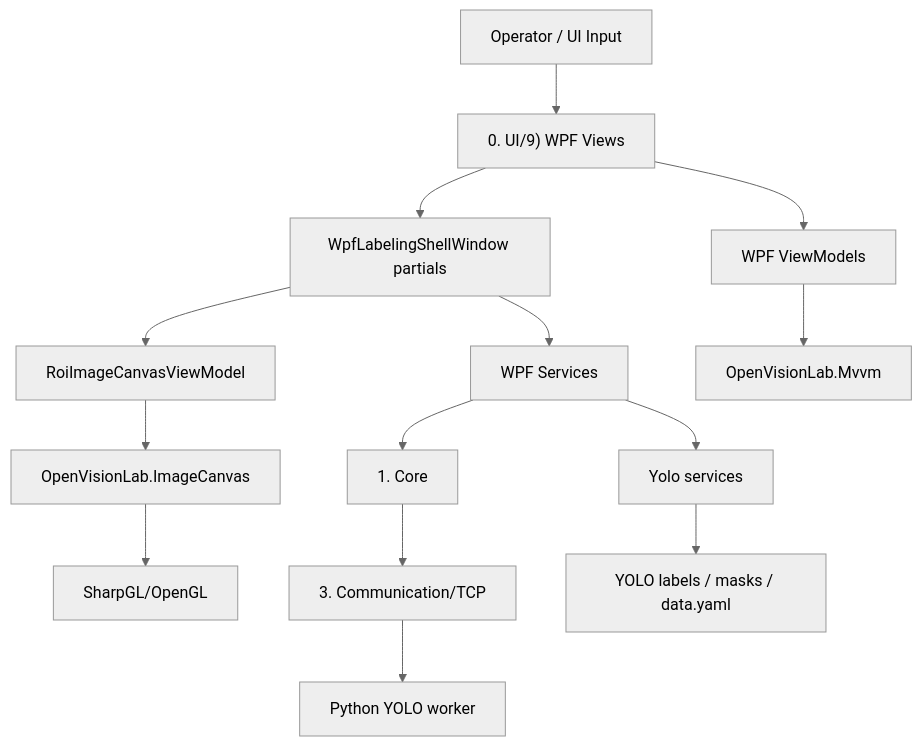
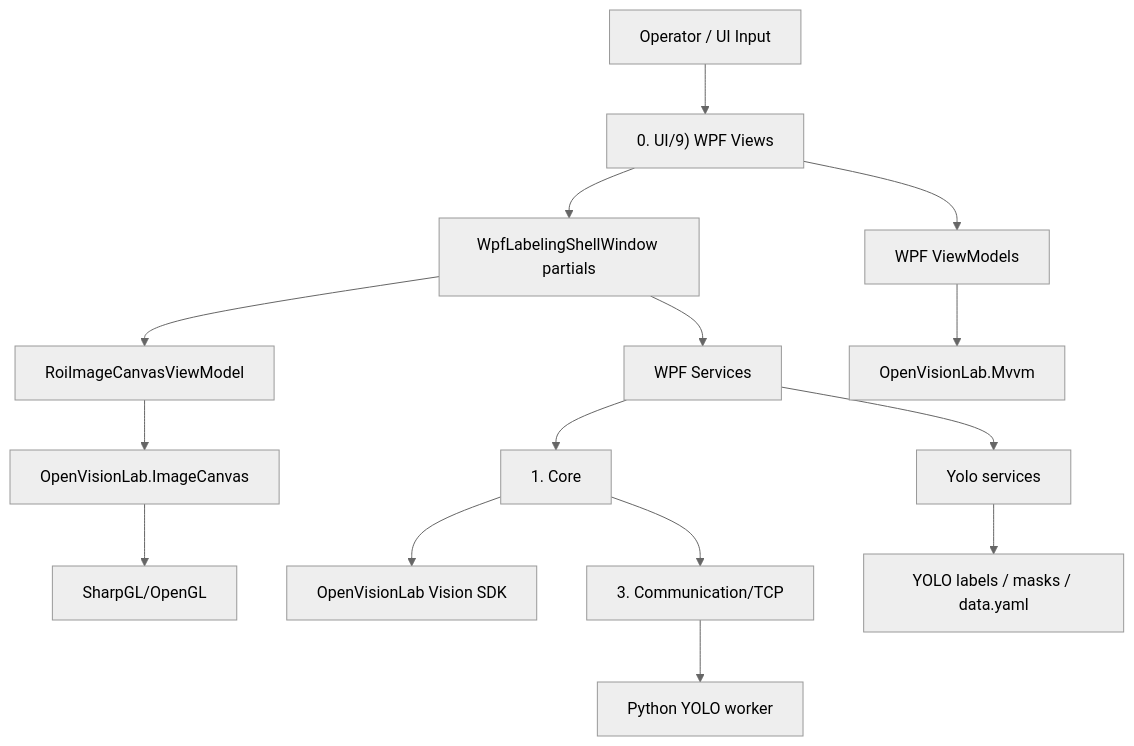
The diagram in docs/CODE_STRUCTURE.md (Noah8218/Labelling_Application), drawn with Mermaid (neutral theme) before and after one commit. The commit also changed other lines of this file and 57 other files, not shown here.

Commit message:
refactor: migrate to OpenVisionLab Vision SDK

````diff
--- a/docs/CODE_STRUCTURE.md
+++ b/docs/CODE_STRUCTURE.md
@@ -132,16 +133,17 @@
 ```mermaid
 flowchart TD
     User["Operator / UI Input"] --> WpfViews["0. UI/9) WPF Views"]
     WpfViews --> ViewModels["WPF ViewModels"]
     WpfViews --> ShellPartials["WpfLabelingShellWindow partials"]
     ShellPartials --> WpfServices["WPF Services"]
     ShellPartials --> CanvasVm["RoiImageCanvasViewModel"]
     ViewModels --> SharedMvvm["OpenVisionLab.Mvvm"]
     WpfServices --> Core["1. Core"]
     WpfServices --> Yolo["Yolo services"]
     CanvasVm --> ImageCanvas["OpenVisionLab.ImageCanvas"]
     ImageCanvas --> OpenGL["SharpGL/OpenGL"]
+    Core --> VisionSdk["OpenVisionLab Vision SDK"]
     Core --> Tcp["3. Communication/TCP"]
     Tcp --> Python["Python YOLO worker"]
     Yolo --> Files["YOLO labels / masks / data.yaml"]
 ```
````
